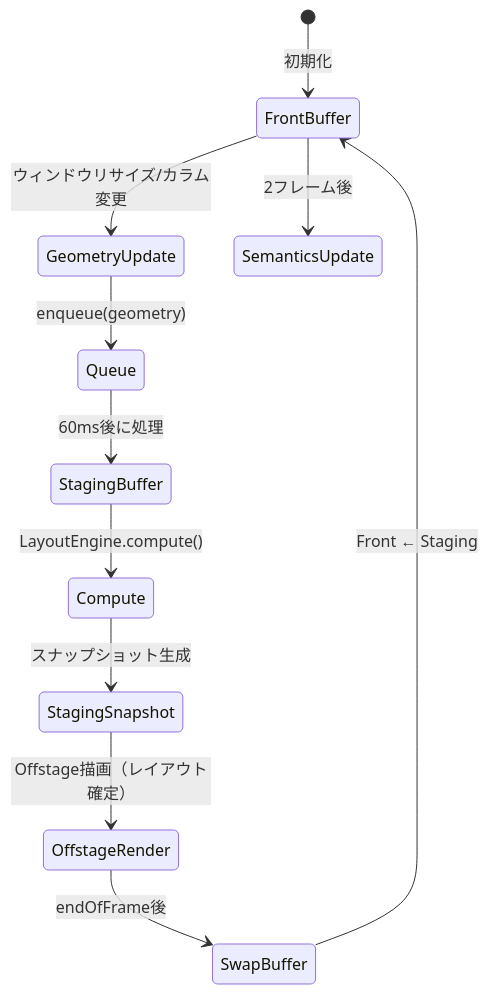
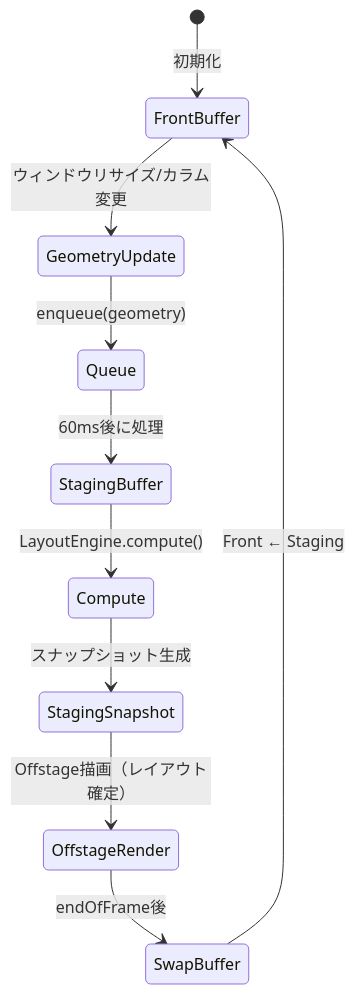
The first of 4 diagrams in docs/system/grid_layout_surface.md (lietsee/clip-pix), drawn with Mermaid before and after one commit. The commit also changed other lines of this file and 14 other files, not shown here.

````diff
--- a/docs/system/grid_layout_surface.md
+++ b/docs/system/grid_layout_surface.md
@@ -34,13 +34,12 @@
 ```mermaid
 stateDiagram-v2
     [*] --> FrontBuffer: 初期化
     FrontBuffer --> GeometryUpdate: ウィンドウリサイズ/カラム変更
     GeometryUpdate --> Queue: enqueue(geometry)
     Queue --> StagingBuffer: 60ms後に処理
     StagingBuffer --> Compute: LayoutEngine.compute()
     Compute --> StagingSnapshot: スナップショット生成
     StagingSnapshot --> OffstageRender: Offstage描画（レイアウト確定）
     OffstageRender --> SwapBuffer: endOfFrame後
     SwapBuffer --> FrontBuffer: Front ← Staging
-    FrontBuffer --> SemanticsUpdate: 2フレーム後
 ```
````
